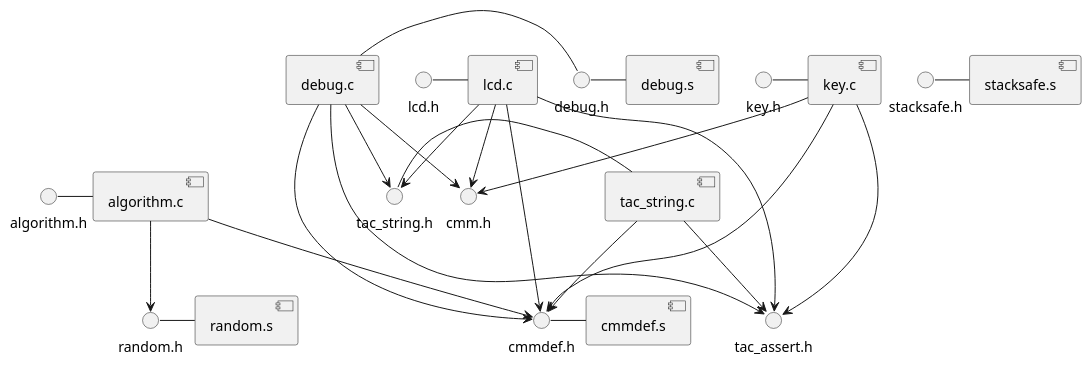
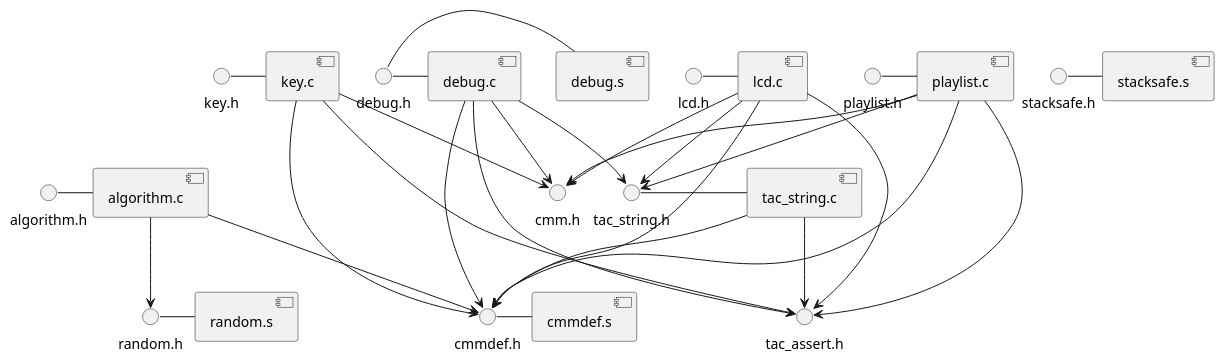
One commit to PCSE2026G1/TacOS changed the diagram in os/app/doc/files.pu. Above: the diagram before and after it, drawn with PlantUML. The commit also changed 2 other files, not shown here.

```diff
--- a/os/app/doc/files.pu
+++ b/os/app/doc/files.pu
@@ -1,53 +1,61 @@
 @startuml
 () "algorithm.h" as algorithm_h
 () "cmm.h" as cmm_h
 () "cmmdef.h" as cmmdef_h
 () "debug.h" as debug_h
 () "key.h" as key_h
 () "lcd.h" as lcd_h
+() "playlist.h" as playlist_h
 () "random.h" as random_h
 () "stacksafe.h" as stacksafe_h
 () "tac_assert.h" as tac_assert_h
 () "tac_string.h" as tac_string_h
 [algorithm.c] as algorithm_c
 [cmmdef.s] as cmmdef_s
 [debug.c] as debug_c
 [debug.s] as debug_s
 [key.c] as key_c
 [lcd.c] as lcd_c
+[playlist.c] as playlist_c
 [random.s] as random_s
 [stacksafe.s] as stacksafe_s
 [tac_string.c] as tac_string_c
 
 algorithm_h - algorithm_c
 algorithm_c --> cmmdef_h
 algorithm_c --> random_h
 
 cmmdef_h - cmmdef_s
 
 debug_h - debug_c
 debug_h - debug_s
 debug_c --> cmmdef_h
 debug_c --> cmm_h
 debug_c --> tac_assert_h
 debug_c --> tac_string_h
 
 key_h - key_c
 key_c --> cmmdef_h
 key_c --> cmm_h
 key_c --> tac_assert_h
 
 lcd_h - lcd_c
 lcd_c --> cmmdef_h
 lcd_c --> cmm_h
 lcd_c --> tac_assert_h
 lcd_c --> tac_string_h
 
+playlist_h - playlist_c
+playlist_c --> cmmdef_h
+playlist_c --> cmm_h
+playlist_c --> tac_assert_h
+playlist_c --> tac_string_h
+
 random_h - random_s
 
 stacksafe_h - stacksafe_s
 
 tac_string_h - tac_string_c
 tac_string_c --> cmmdef_h
 tac_string_c --> tac_assert_h
 @enduml
```
